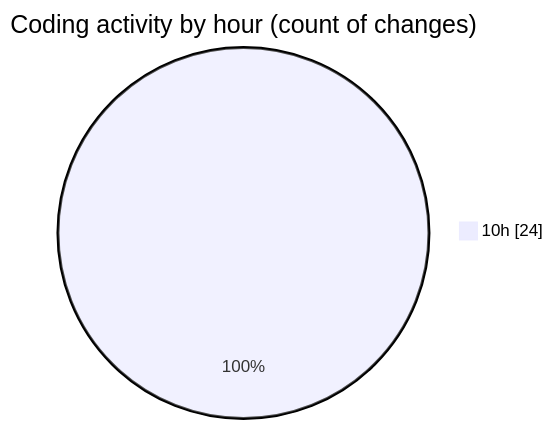
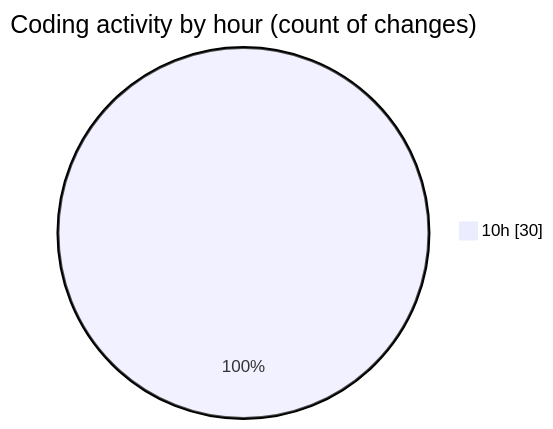
Before and after one commit to momahboobian/code-tracking: the second of 2 diagrams in 2026-03-25/cda/README.md, drawn with Mermaid. The commit also changed other lines of this file and 1 other file, not shown here.

````diff
--- a/2026-03-25/cda/README.md
+++ b/2026-03-25/cda/README.md
@@ -30,5 +30,5 @@
 ```mermaid
 pie showData
 title Coding activity by hour (count of changes)
-"10h" : 24
+"10h" : 30
 ```
````
